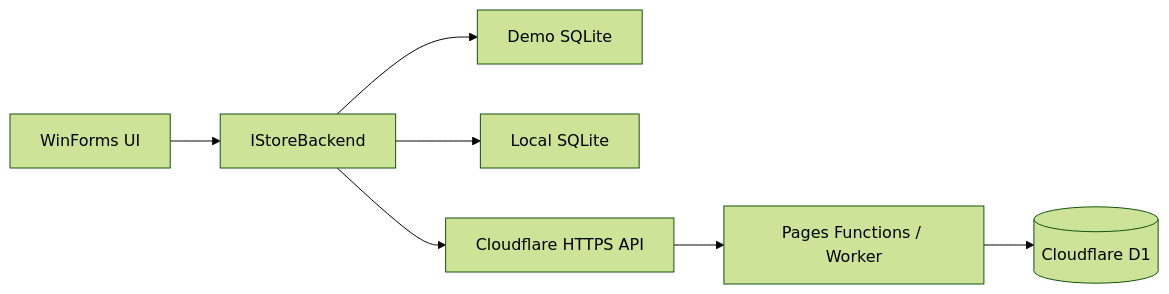
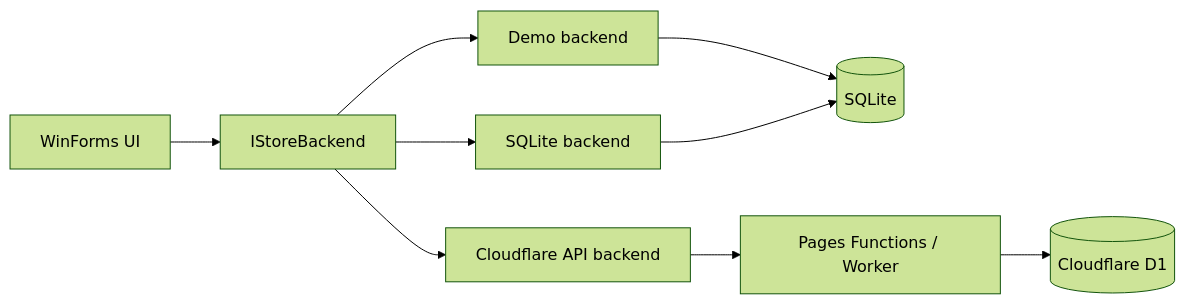
One commit to jason1511/Bike-STore-Project changed the diagram in README.md. Above: the diagram before and after it, drawn with Mermaid (forest theme). The commit also changed other lines of this file, not shown here.

````diff
--- a/README.md
+++ b/README.md
@@ -15,9 +72,11 @@
 ```mermaid
 flowchart LR
-    UI[WinForms UI] --> Backend[IStoreBackend]
-    Backend --> Demo[Demo SQLite]
-    Backend --> Local[Local SQLite]
-    Backend --> API[Cloudflare HTTPS API]
-    API --> Worker[Pages Functions / Worker]
+    UI[WinForms UI] --> Contract[IStoreBackend]
+    Contract --> Demo[Demo backend]
+    Contract --> Local[SQLite backend]
+    Contract --> Cloud[Cloudflare API backend]
+    Demo --> SQLite[(SQLite)]
+    Local --> SQLite
+    Cloud --> Worker[Pages Functions / Worker]
     Worker --> D1[(Cloudflare D1)]
 ```
````
